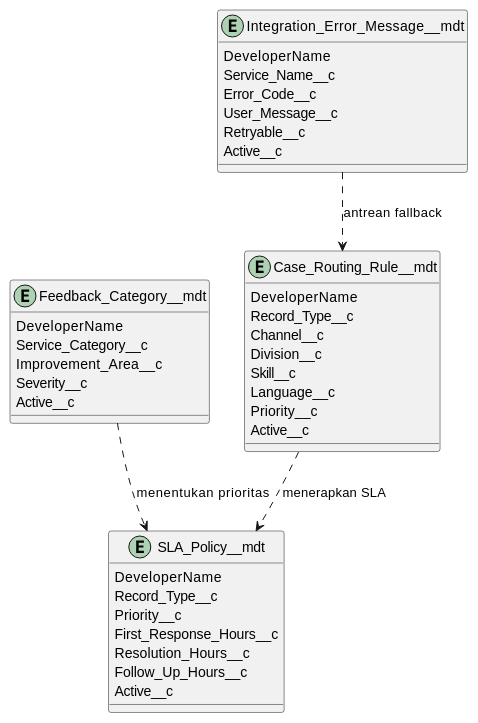
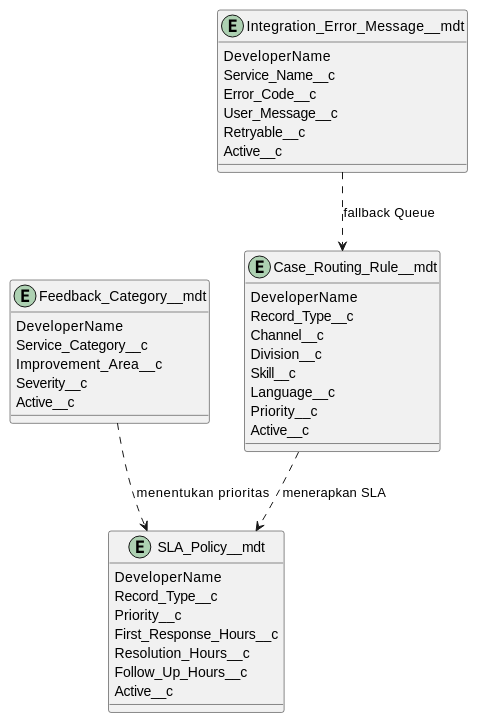
Diagram 15 of 26 in doc/SADD Task 2 - Bahasa Indonesia.md (jimmytobing/virtusa), drawn with PlantUML before and after one commit. The commit also changed other lines of this file, not shown here.

````diff
--- a/doc/SADD Task 2 - Bahasa Indonesia.md
+++ b/doc/SADD Task 2 - Bahasa Indonesia.md
@@ -861,47 +863,47 @@
 ```plantuml
 @startuml
 
 entity Case_Routing_Rule__mdt {
   DeveloperName
   Record_Type__c
   Channel__c
   Division__c
   Skill__c
   Language__c
   Priority__c
   Active__c
 }
 
 entity SLA_Policy__mdt {
   DeveloperName
   Record_Type__c
   Priority__c
   First_Response_Hours__c
   Resolution_Hours__c
   Follow_Up_Hours__c
   Active__c
 }
 
 entity Feedback_Category__mdt {
   DeveloperName
   Service_Category__c
   Improvement_Area__c
   Severity__c
   Active__c
 }
 
 entity Integration_Error_Message__mdt {
   DeveloperName
   Service_Name__c
   Error_Code__c
   User_Message__c
   Retryable__c
   Active__c
 }
 
 Case_Routing_Rule__mdt ..> SLA_Policy__mdt : menerapkan SLA
 Feedback_Category__mdt ..> SLA_Policy__mdt : menentukan prioritas
-Integration_Error_Message__mdt ..> Case_Routing_Rule__mdt : antrean fallback
+Integration_Error_Message__mdt ..> Case_Routing_Rule__mdt : fallback Queue
 
 @enduml
 ```
````
